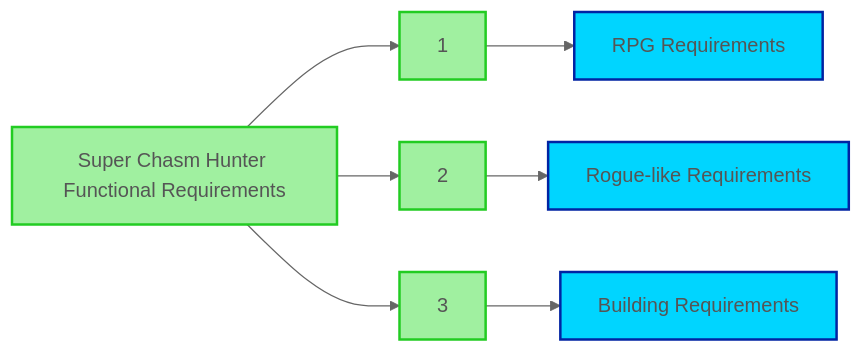
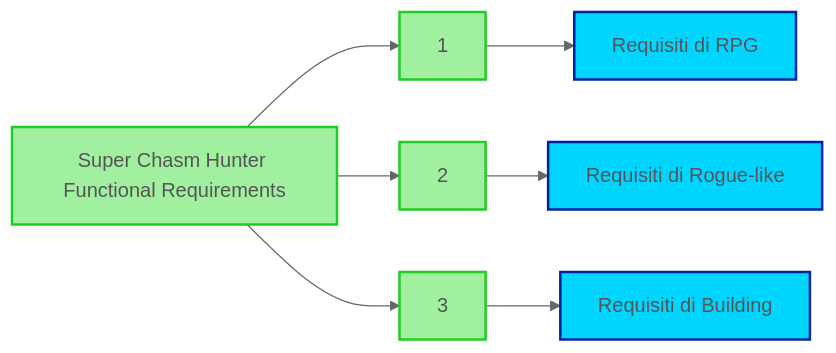
Before and after one commit to FilippoGurioli/super-chasm-hunter-pm: the diagram in docs/appendices/scoping/RBSs/functional-requirements.md, drawn with Mermaid (neutral theme). The commit also changed 1 other file, not shown here.

Commit message:
test: mermaid link

````diff
--- a/docs/appendices/scoping/RBSs/functional-requirements.md
+++ b/docs/appendices/scoping/RBSs/functional-requirements.md
@@ -5,26 +5,29 @@
 ```mermaid
 %%{init: { 'flowchart': {"curve": "monotoneX"}} }%%
 graph LR
     0[Super Chasm Hunter Functional Requirements]
     1
-    1.1[RPG Requirements]
+    1.1[Requisiti di RPG]
     2
-    2.1[Rogue-like Requirements]
+    2.1[Requisiti di Rogue-like]
     3
-    3.1[Building Requirements]
+    3.1[Requisiti di Building]
 
     0 --> 1
     0 --> 2
     0 --> 3
     1 --> 1.1
     2 --> 2.1
     3 --> 3.1
 
     classDef verde fill:#a0f0a0,stroke:#2c2,stroke-width:2px,color:#555;
     classDef giallo fill:#fff0a0,stroke:#cc2,stroke-width:2px,color:#555;
     classDef rosso fill:#f0a0a0,stroke:#c22,stroke-width:2px,color:#555;
     classDef blu fill:#00d5ff,stroke:#0023a3,stroke-width:2px,color:#555;
+    click 1.1 "https://filippogurioli.github.io/super-chasm-hunter-pm/appendices/scoping/RBSs/rpg-requirements/" "Requisiti di RPG"
+    click 2.1 "https://filippogurioli.github.io/super-chasm-hunter-pm/appendices/scoping/RBSs/rogue-like-requirements/" "Requisiti di Rogue-like"
+    click 3.1 "https://filippogurioli.github.io/super-chasm-hunter-pm/appendices/scoping/RBSs/building-requirements/" "Requisiti di Building"
     
     class 0,1,2,3 verde;
     class 1.1,2.1,3.1 blu;
 ```
````
